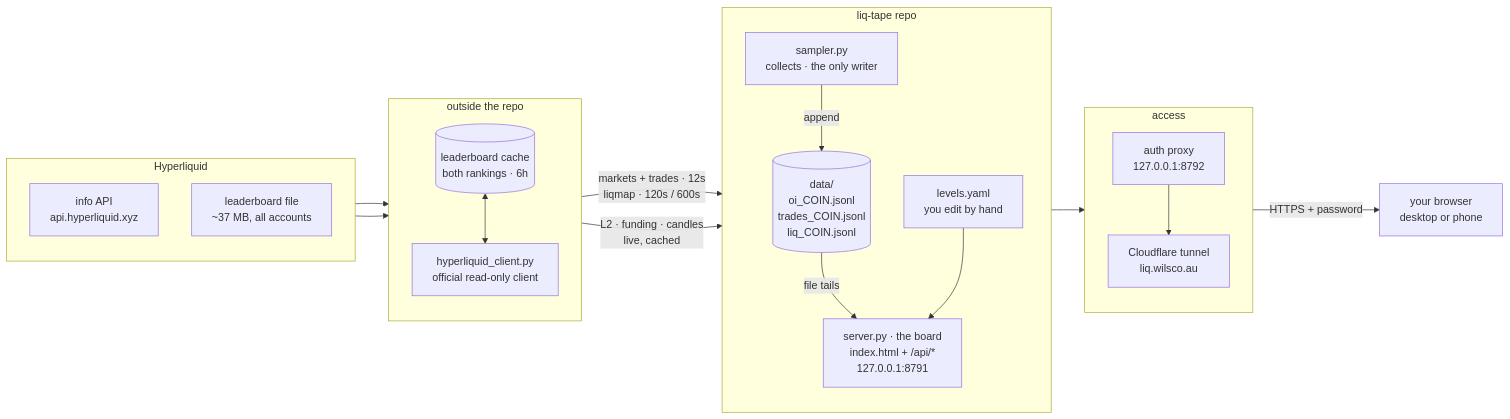
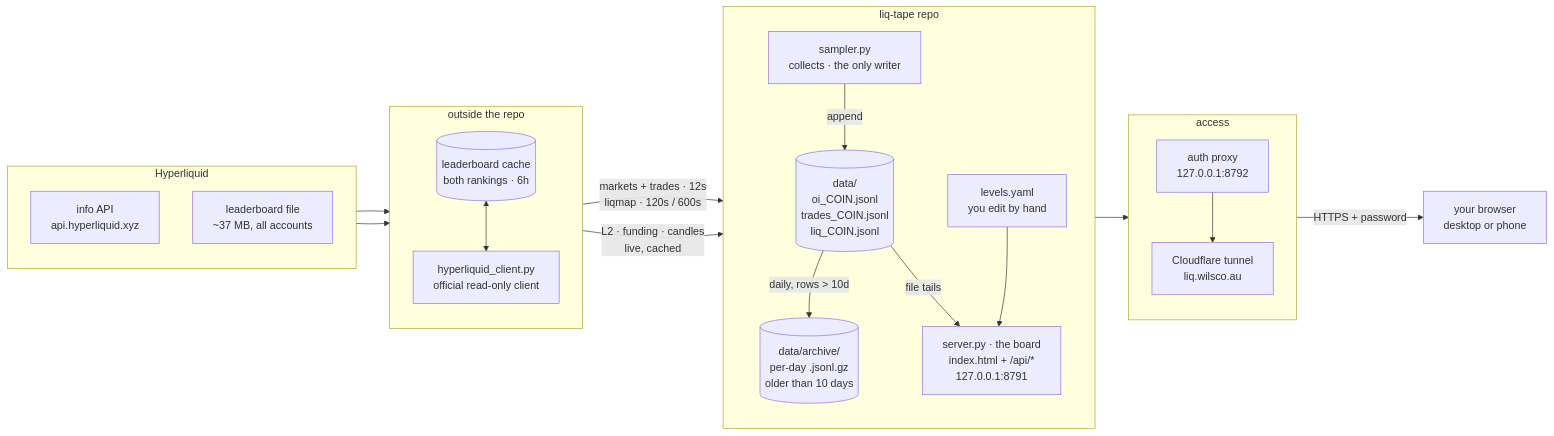
Before and after one commit to wils-co/liq-tape: the first of 2 diagrams in docs/ARCHITECTURE.md, drawn with Mermaid. The commit also changed other lines of this file and 6 other files, not shown here.

First line of the commit message:
feat: daily retention — archive rows older than 10 days, never delete

````diff
--- a/docs/ARCHITECTURE.md
+++ b/docs/ARCHITECTURE.md
@@ -10,44 +10,46 @@
 ```mermaid
 flowchart LR
     subgraph HL["Hyperliquid"]
         direction TB
         INFO["info API<br/>api.hyperliquid.xyz"]
         S3["leaderboard file<br/>~37 MB, all accounts"]
     end
 
     subgraph EXT["outside the repo"]
         direction TB
         CLIENT["hyperliquid_client.py<br/>official read-only client"]
         CACHE[("leaderboard cache<br/>both rankings · 6h")]
     end
 
     subgraph REPO["liq-tape repo"]
         direction TB
         SAMPLER["sampler.py<br/>collects · the only writer"]
         DATA[("data/<br/>oi_COIN.jsonl<br/>trades_COIN.jsonl<br/>liq_COIN.jsonl")]
+        ARCHIVE[("data/archive/<br/>per-day .jsonl.gz<br/>older than 10 days")]
         LEVELS["levels.yaml<br/>you edit by hand"]
         SERVER["server.py · the board<br/>index.html + /api/*<br/>127.0.0.1:8791"]
     end
 
     subgraph ACCESS["access"]
         direction TB
         PROXY["auth proxy<br/>127.0.0.1:8792"]
         TUNNEL["Cloudflare tunnel<br/>liq.wilsco.au"]
     end
 
     BROWSER["your browser<br/>desktop or phone"]
 
     INFO --> CLIENT
     S3 --> CLIENT
     CACHE <--> CLIENT
 
     CLIENT -- "markets + trades · 12s<br/>liqmap · 120s / 600s" --> SAMPLER
     SAMPLER -- "append" --> DATA
+    DATA -- "daily, rows > 10d" --> ARCHIVE
     DATA -- "file tails" --> SERVER
     LEVELS --> SERVER
     CLIENT -- "L2 · funding · candles<br/>live, cached" --> SERVER
 
     SERVER --> PROXY
     PROXY --> TUNNEL
     TUNNEL -- "HTTPS + password" --> BROWSER
 ```
````
